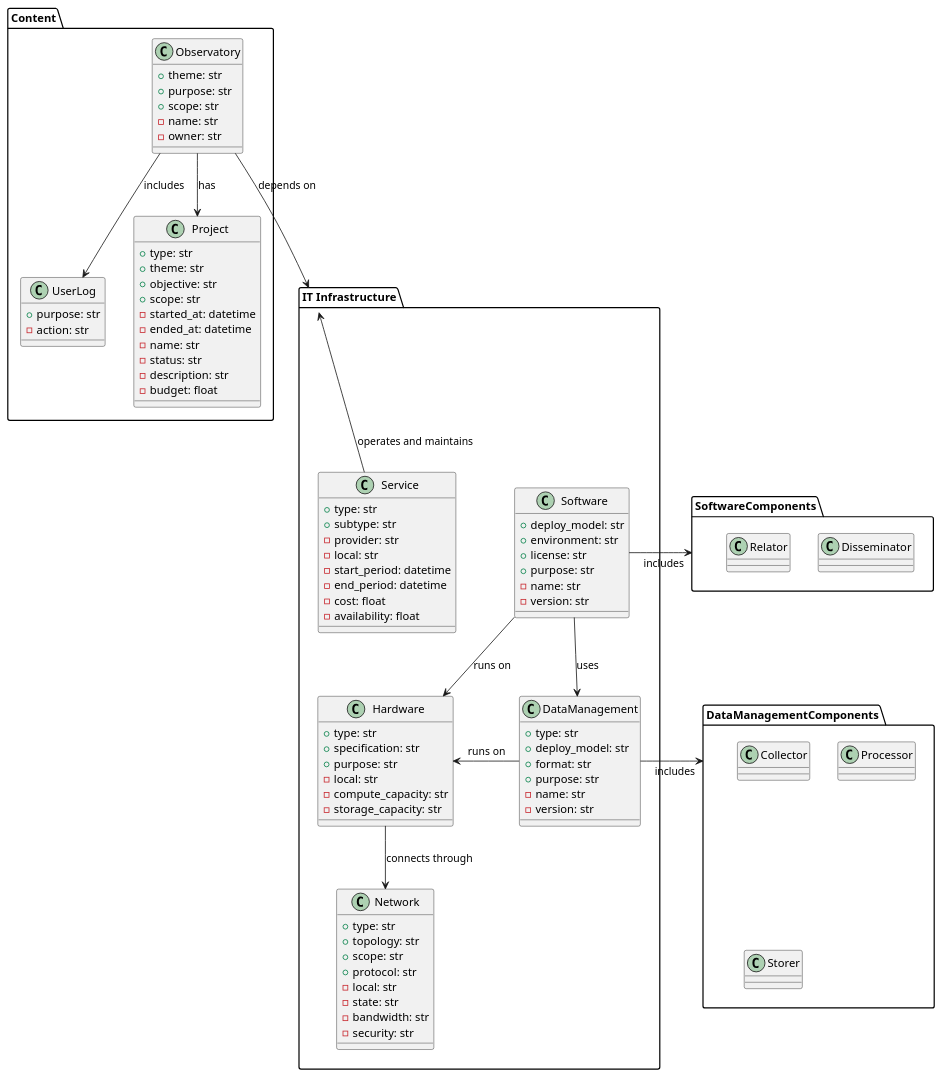
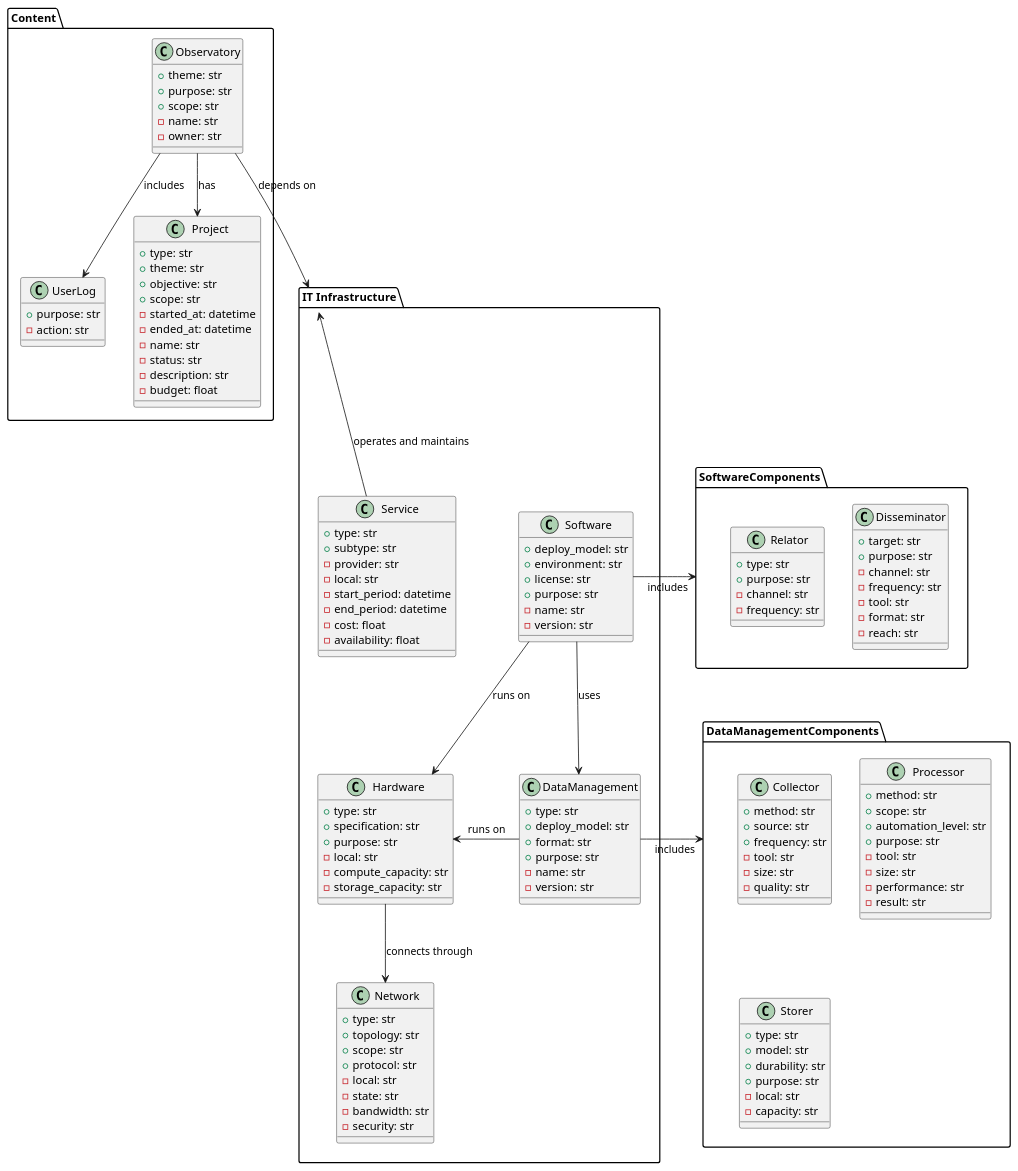
Before and after one commit to kvojps/onto-mpo: the diagram in mpo_structures_classification_tree.puml, drawn with PlantUML.

Commit message:
[feat]: expand SoftwareComponents and DataManagementComponents with additional attributes

```diff
--- a/mpo_structures_classification_tree.puml
+++ b/mpo_structures_classification_tree.puml
@@ -1,115 +1,141 @@
 @startuml MPO Structures Classification Tree
 
 package "Content" as Content {
     class Observatory {
         + theme: str
         + purpose: str
         + scope: str
         - name: str
         - owner: str
     }
 
     class UserLog {
         + purpose: str
         - action: str
     }
 
     class Project {
         + type: str
         + theme: str
         + objective: str
         + scope: str
         - started_at: datetime
         - ended_at: datetime
         - name: str
         - status: str
         - description: str
         - budget: float
     }
 
     Observatory -down-> Project: has
     Observatory -down-> UserLog: includes
 }
 
 package "IT Infrastructure" as Infra {
     class Service {
         + type: str
         + subtype: str
         - provider: str
         - local: str
         - start_period: datetime
         - end_period: datetime
         - cost: float
         - availability: float
     }
     class Hardware {
         + type: str
         + specification: str
         + purpose: str
         - local: str
         - compute_capacity: str
         - storage_capacity: str
     }
     class Network {
         + type: str
         + topology: str
         + scope: str
         + protocol: str
         - local: str
         - state: str
         - bandwidth: str
         - security: str
     }
     class DataManagement {
         + type: str
         + deploy_model: str
         + format: str
         + purpose: str
         - name: str
         - version: str
     }
     class Software {
         + deploy_model: str
         + environment: str
         + license: str
         + purpose: str
         - name: str
         - version: str
     }
 
     Software --> DataManagement : uses
     Software --> Hardware : runs on
     DataManagement -left-> Hardware : runs on
     Hardware --> Network : connects through
 }
 
 package "SoftwareComponents" as SoftComp {
     class Disseminator {
-
+        + target: str
+        + purpose: str
+        - channel: str
+        - frequency: str
+        - tool: str
+        - format: str
+        - reach: str
     }
 
     class Relator {
-
+        + type: str
+        + purpose: str
+        - channel: str
+        - frequency: str
     }
 }
 
 package "DataManagementComponents" as DataComp {
     class Collector {
-
+        + method: str
+        + source: str
+        + frequency: str
+        - tool: str
+        - size: str
+        - quality: str
     }
 
     Class Processor {
-
+        + method: str
+        + scope: str
+        + automation_level: str
+        + purpose: str
+        - tool: str
+        - size: str
+        - performance: str
+        - result: str
     }
 
     class Storer {
-
+        + type: str
+        + model: str
+        + durability: str
+        + purpose: str
+        - local: str
+        - capacity: str
     }
 }
 
 Service -up-> Infra : operates and maintains
 Software -> SoftComp : includes
 DataManagement -> DataComp : includes
 Observatory -down-> Infra : depends on
 
 @enduml
```
